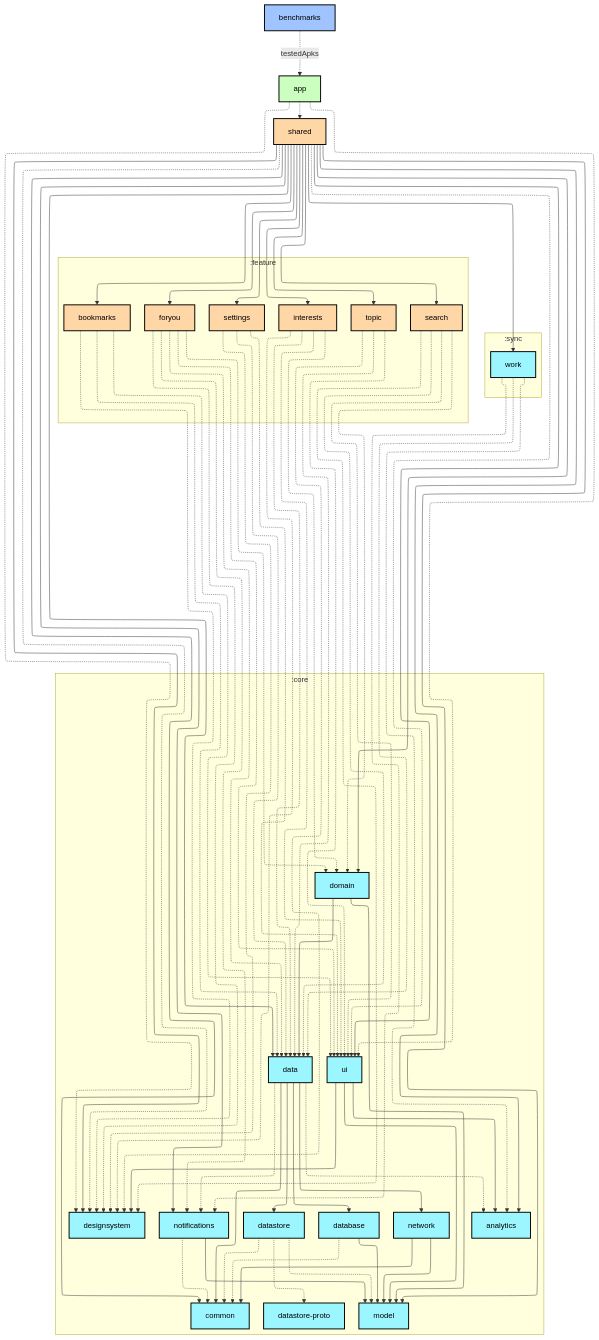
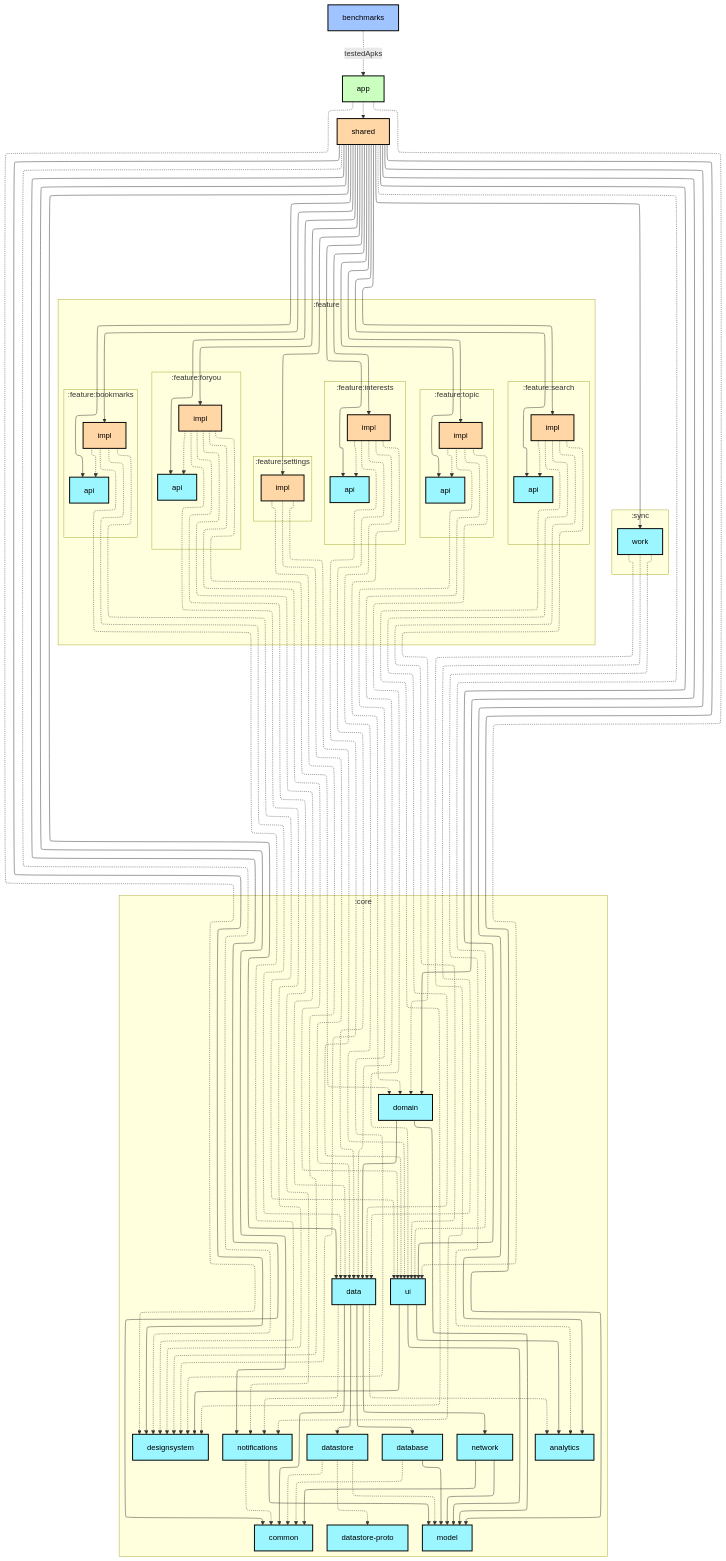
Before and after one commit to lihenggui/nowinkmp: the first of 2 diagrams in benchmarks/README.md, drawn with Mermaid. The commit also changed 13 other files, not shown here.

First line of the commit message:
fix: update module graphs and disable androidTest for modules without tests

```diff
--- a/benchmarks/README.md
+++ b/benchmarks/README.md
@@ -14,15 +14,6 @@
   subgraph :sync
     direction TB
     :sync:work[work]:::kmp-library
-  end
-  subgraph :feature
-    direction TB
-    :feature:bookmarks[bookmarks]:::cmp-feature
-    :feature:foryou[foryou]:::cmp-feature
-    :feature:interests[interests]:::cmp-feature
-    :feature:search[search]:::cmp-feature
-    :feature:settings[settings]:::cmp-feature
-    :feature:topic[topic]:::cmp-feature
   end
   subgraph :core
     direction TB
@@ -38,6 +29,38 @@
     :core:network[network]:::kmp-library
     :core:notifications[notifications]:::kmp-library
     :core:ui[ui]:::kmp-library
+  end
+  subgraph :feature
+    direction TB
+    subgraph :feature:settings
+      direction TB
+      :feature:settings:impl[impl]:::cmp-feature
+    end
+    subgraph :feature:interests
+      direction TB
+      :feature:interests:api[api]:::kmp-library
+      :feature:interests:impl[impl]:::cmp-feature
+    end
+    subgraph :feature:foryou
+      direction TB
+      :feature:foryou:api[api]:::kmp-library
+      :feature:foryou:impl[impl]:::cmp-feature
+    end
+    subgraph :feature:bookmarks
+      direction TB
+      :feature:bookmarks:api[api]:::kmp-library
+      :feature:bookmarks:impl[impl]:::cmp-feature
+    end
+    subgraph :feature:topic
+      direction TB
+      :feature:topic:api[api]:::kmp-library
+      :feature:topic:impl[impl]:::cmp-feature
+    end
+    subgraph :feature:search
+      direction TB
+      :feature:search:api[api]:::kmp-library
+      :feature:search:impl[impl]:::cmp-feature
+    end
   end
   :shared[shared]:::cmp-feature
   :benchmarks[benchmarks]:::android-test
@@ -67,28 +90,33 @@
   :core:ui --> :core:analytics
   :core:ui --> :core:designsystem
   :core:ui --> :core:model
-  :feature:bookmarks -.-> :core:data
-  :feature:bookmarks -.-> :core:designsystem
-  :feature:bookmarks -.-> :core:ui
-  :feature:foryou -.-> :core:data
-  :feature:foryou -.-> :core:designsystem
-  :feature:foryou -.-> :core:domain
-  :feature:foryou -.-> :core:notifications
-  :feature:foryou -.-> :core:ui
-  :feature:interests -.-> :core:data
-  :feature:interests -.-> :core:designsystem
-  :feature:interests -.-> :core:domain
-  :feature:interests -.-> :core:ui
-  :feature:search -.-> :core:data
-  :feature:search -.-> :core:designsystem
-  :feature:search -.-> :core:domain
-  :feature:search -.-> :core:ui
-  :feature:settings -.-> :core:data
-  :feature:settings -.-> :core:designsystem
-  :feature:settings -.-> :core:ui
-  :feature:topic -.-> :core:data
-  :feature:topic -.-> :core:designsystem
-  :feature:topic -.-> :core:ui
+  :feature:bookmarks:impl -.-> :core:data
+  :feature:bookmarks:impl -.-> :core:designsystem
+  :feature:bookmarks:impl -.-> :core:ui
+  :feature:bookmarks:impl -.-> :feature:bookmarks:api
+  :feature:foryou:impl -.-> :core:data
+  :feature:foryou:impl -.-> :core:designsystem
+  :feature:foryou:impl -.-> :core:domain
+  :feature:foryou:impl -.-> :core:notifications
+  :feature:foryou:impl -.-> :core:ui
+  :feature:foryou:impl -.-> :feature:foryou:api
+  :feature:interests:impl -.-> :core:data
+  :feature:interests:impl -.-> :core:designsystem
+  :feature:interests:impl -.-> :core:domain
+  :feature:interests:impl -.-> :core:ui
+  :feature:interests:impl -.-> :feature:interests:api
+  :feature:search:impl -.-> :core:data
+  :feature:search:impl -.-> :core:designsystem
+  :feature:search:impl -.-> :core:domain
+  :feature:search:impl -.-> :core:ui
+  :feature:search:impl -.-> :feature:search:api
+  :feature:settings:impl -.-> :core:data
+  :feature:settings:impl -.-> :core:designsystem
+  :feature:settings:impl -.-> :core:ui
+  :feature:topic:impl -.-> :core:data
+  :feature:topic:impl -.-> :core:designsystem
+  :feature:topic:impl -.-> :core:ui
+  :feature:topic:impl -.-> :feature:topic:api
   :shared --> :core:analytics
   :shared --> :core:common
   :shared --> :core:data
@@ -99,12 +127,17 @@
   :shared --> :core:notifications
   :shared --> :core:ui
   :shared -.-> :core:ui
-  :shared --> :feature:bookmarks
-  :shared --> :feature:foryou
-  :shared --> :feature:interests
-  :shared --> :feature:search
-  :shared --> :feature:settings
-  :shared --> :feature:topic
+  :shared --> :feature:bookmarks:api
+  :shared --> :feature:bookmarks:impl
+  :shared --> :feature:foryou:api
+  :shared --> :feature:foryou:impl
+  :shared --> :feature:interests:api
+  :shared --> :feature:interests:impl
+  :shared --> :feature:search:api
+  :shared --> :feature:search:impl
+  :shared --> :feature:settings:impl
+  :shared --> :feature:topic:api
+  :shared --> :feature:topic:impl
   :shared --> :sync:work
   :sync:work -.-> :core:analytics
   :sync:work -.-> :core:data
```
